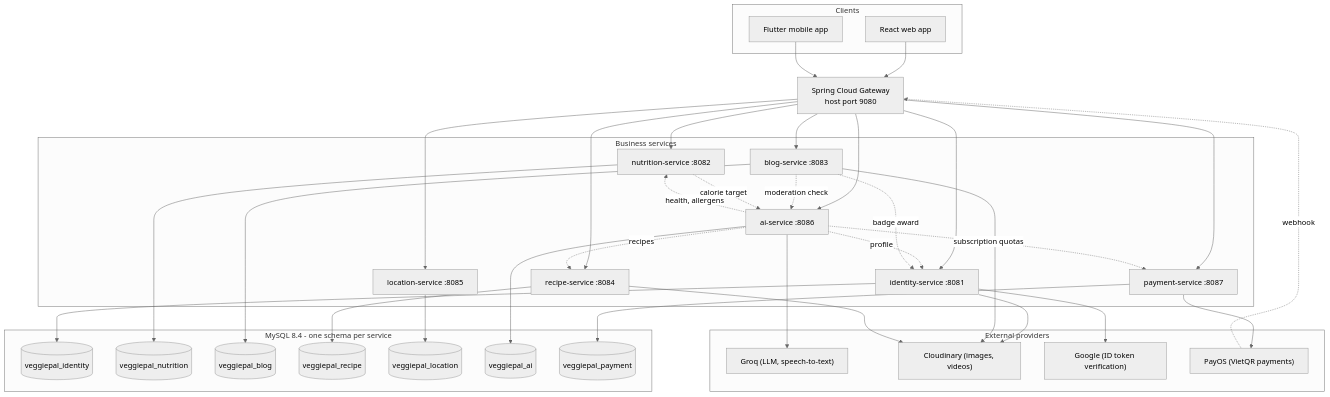
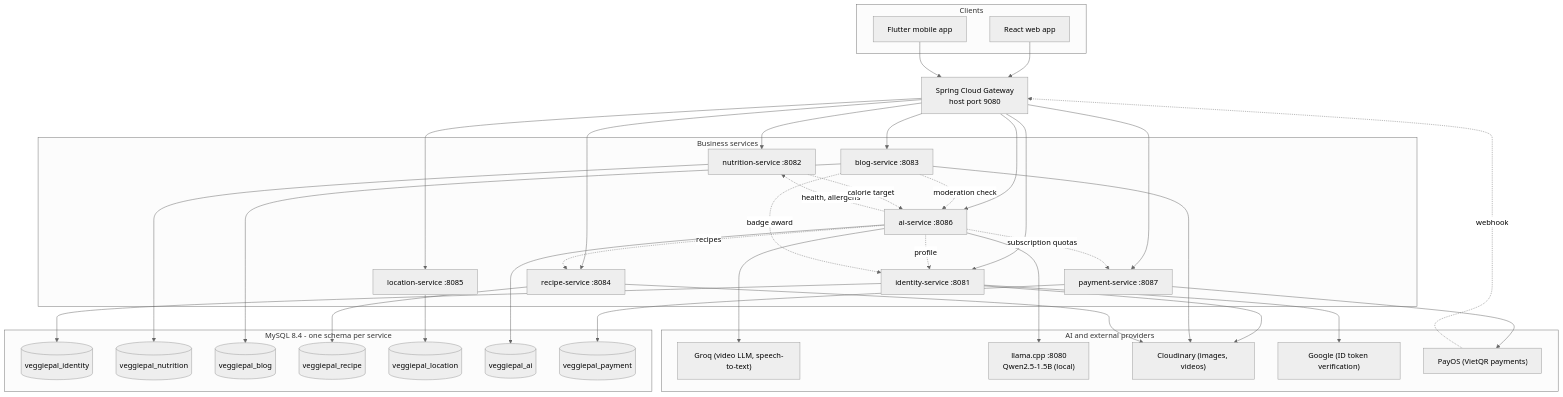
Before and after one commit to Phu0312/VeggiePal-Microservice: diagram 11 of 33 in docs/REPORT7_FINAL_PROJECT_REPORT.md, drawn with Mermaid (neutral theme). The commit also changed other lines of this file and 7 other files, not shown here.

````diff
--- a/docs/REPORT7_FINAL_PROJECT_REPORT.md
+++ b/docs/REPORT7_FINAL_PROJECT_REPORT.md
@@ -1265,70 +1273,72 @@
 ```mermaid
 flowchart TB
     subgraph CL["Clients"]
         WEB["React web app"]
         MOB["Flutter mobile app"]
     end
 
     GW["Spring Cloud Gateway<br/>host port 9080"]
     WEB --> GW
     MOB --> GW
 
     subgraph SV["Business services"]
         ID["identity-service :8081"]
         NU["nutrition-service :8082"]
         BL["blog-service :8083"]
         RE["recipe-service :8084"]
         LO["location-service :8085"]
         AI["ai-service :8086"]
         PA["payment-service :8087"]
     end
 
     GW --> ID
     GW --> NU
     GW --> BL
     GW --> RE
     GW --> LO
     GW --> AI
     GW --> PA
 
     subgraph DB["MySQL 8.4 - one schema per service"]
         D1[("veggiepal_identity")]
         D2[("veggiepal_nutrition")]
         D3[("veggiepal_blog")]
         D4[("veggiepal_recipe")]
         D5[("veggiepal_location")]
         D6[("veggiepal_ai")]
         D7[("veggiepal_payment")]
     end
 
     ID --> D1
     NU --> D2
     BL --> D3
     RE --> D4
     LO --> D5
     AI --> D6
     PA --> D7
 
     AI -. "health, allergens" .-> NU
     AI -. "recipes" .-> RE
     AI -. "profile" .-> ID
     AI -. "subscription quotas" .-> PA
     BL -. "moderation check" .-> AI
     BL -. "badge award" .-> ID
     NU -. "calorie target" .-> AI
 
-    subgraph EX["External providers"]
-        GQ["Groq (LLM, speech-to-text)"]
+    subgraph EX["AI and external providers"]
+        GQ["Groq (video LLM, speech-to-text)"]
+        LL["llama.cpp :8080<br/>Qwen2.5-1.5B (local)"]
         CD["Cloudinary (images, videos)"]
         GO["Google (ID token verification)"]
         PO["PayOS (VietQR payments)"]
     end
 
     AI --> GQ
+    AI --> LL
     ID --> CD
     BL --> CD
     RE --> CD
     ID --> GO
     PA --> PO
     PO -. "webhook" .-> GW
 ```
````
